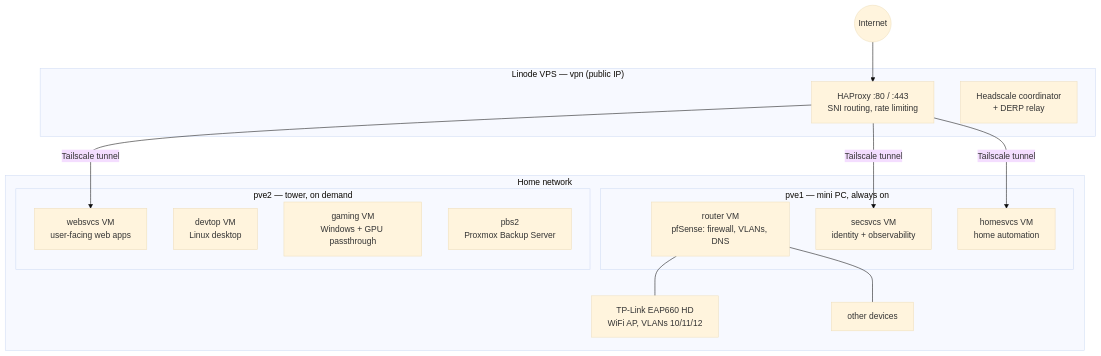
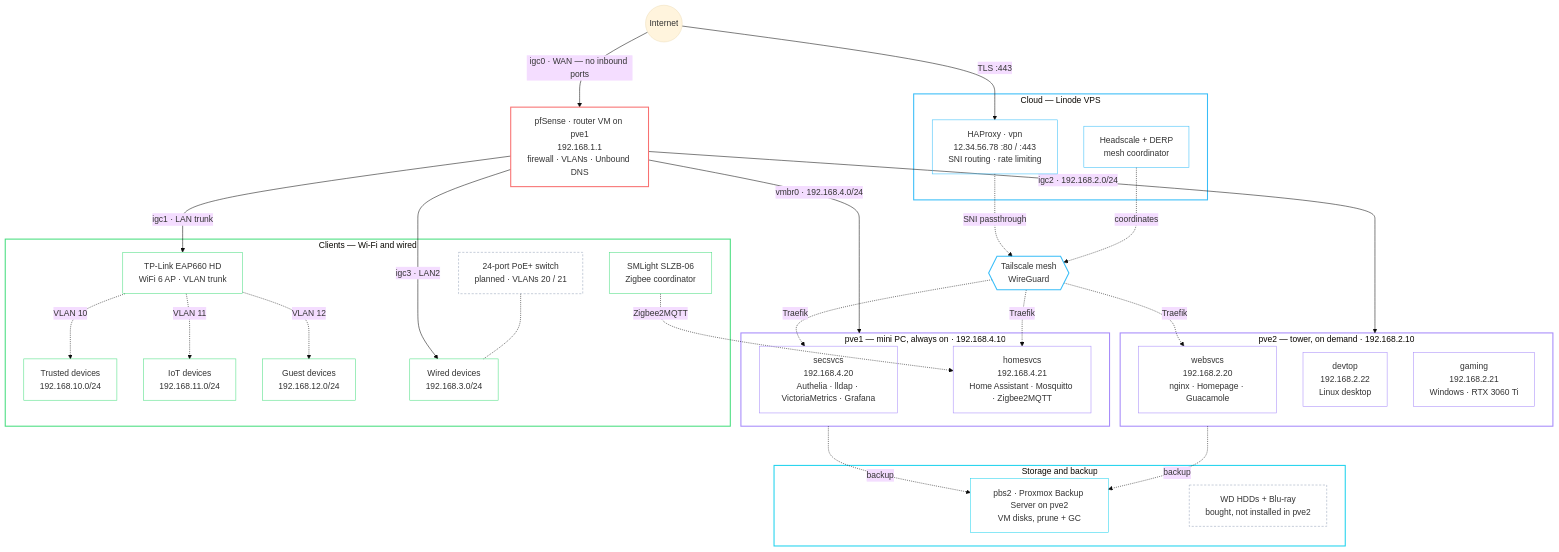
Before and after one commit to babraham123/homelab: the diagram in docs/architecture.md, drawn with Mermaid (base theme). The commit also changed other lines of this file and 4 other files, not shown here.

Commit message:
improve diagrams in docs/

````diff
--- a/docs/architecture.md
+++ b/docs/architecture.md
@@ -20,29 +20,75 @@
 ```mermaid
 flowchart TB
     inet(("Internet"))
-    subgraph vps["Linode VPS — vpn (public IP)"]
-        haproxy["HAProxy :80 / :443<br/>SNI routing, rate limiting"]
-        headscale["Headscale coordinator<br/>+ DERP relay"]
+
+    subgraph cloud["Cloud — Linode VPS"]
+        haproxy["HAProxy · vpn<br/>12.34.56.78 :80 / :443<br/>SNI routing · rate limiting"]
+        headscale["Headscale + DERP<br/>mesh coordinator"]
     end
-    subgraph home["Home network"]
-        subgraph pve1["pve1 — mini PC, always on"]
-            router["router VM<br/>pfSense: firewall, VLANs, DNS"]
-            secsvcs["secsvcs VM<br/>identity + observability"]
-            homesvcs["homesvcs VM<br/>home automation"]
-        end
-        subgraph pve2["pve2 — tower, on demand"]
-            websvcs["websvcs VM<br/>user-facing web apps"]
-            devtop["devtop VM<br/>Linux desktop"]
-            gaming["gaming VM<br/>Windows + GPU passthrough"]
-            pbs2["pbs2<br/>Proxmox Backup Server"]
-        end
-        ap["TP-Link EAP660 HD<br/>WiFi AP, VLANs 10/11/12"]
-        other["other devices"]
+
+    fw["pfSense · router VM on pve1<br/>192.168.1.1<br/>firewall · VLANs · Unbound DNS"]
+    mesh{{"Tailscale mesh<br/>WireGuard"}}
+
+    subgraph pve1["pve1 — mini PC, always on · 192.168.4.10"]
+        secsvcs["secsvcs<br/>192.168.4.20<br/>Authelia · lldap · VictoriaMetrics · Grafana"]
+        homesvcs["homesvcs<br/>192.168.4.21<br/>Home Assistant · Mosquitto · Zigbee2MQTT"]
     end
-    inet --> haproxy
-    haproxy -- "Tailscale tunnel" --> secsvcs
-    haproxy -- "Tailscale tunnel" --> homesvcs
-    haproxy -- "Tailscale tunnel" --> websvcs
-    router --- ap
-    router --- other
+
+    subgraph pve2["pve2 — tower, on demand · 192.168.2.10"]
+        websvcs["websvcs<br/>192.168.2.20<br/>nginx · Homepage · Guacamole"]
+        devtop["devtop<br/>192.168.2.22<br/>Linux desktop"]
+        gaming["gaming<br/>192.168.2.21<br/>Windows · RTX 3060 Ti"]
+    end
+
+    subgraph clients["Clients — Wi-Fi and wired"]
+        ap["TP-Link EAP660 HD<br/>WiFi 6 AP · VLAN trunk"]
+        trusted["Trusted devices<br/>192.168.10.0/24"]
+        iot["IoT devices<br/>192.168.11.0/24"]
+        guest["Guest devices<br/>192.168.12.0/24"]
+        zigbee["SMLight SLZB-06<br/>Zigbee coordinator"]
+        wdev["Wired devices<br/>192.168.3.0/24"]
+        sw["24-port PoE+ switch<br/>planned · VLANs 20 / 21"]
+    end
+
+    subgraph store["Storage and backup"]
+        pbs2["pbs2 · Proxmox Backup Server on pve2<br/>VM disks, prune + GC"]
+        hdds["WD HDDs + Blu-ray<br/>bought, not installed in pve2"]
+    end
+
+    inet -- "TLS :443" --> haproxy
+    inet -- "igc0 · WAN — no inbound ports" --> fw
+    haproxy -. "SNI passthrough" .-> mesh
+    headscale -. "coordinates" .-> mesh
+    mesh -. "Traefik" .-> secsvcs
+    mesh -. "Traefik" .-> homesvcs
+    mesh -. "Traefik" .-> websvcs
+    fw -- "vmbr0 · 192.168.4.0/24" --> pve1
+    fw -- "igc2 · 192.168.2.0/24" --> pve2
+    fw -- "igc1 · LAN trunk" --> ap
+    fw -- "igc3 · LAN2" --> wdev
+    ap -. "VLAN 10" .-> trusted
+    ap -. "VLAN 11" .-> iot
+    ap -. "VLAN 12" .-> guest
+    zigbee -. "Zigbee2MQTT" .-> homesvcs
+    sw -.- wdev
+    pve1 -. "backup" .-> pbs2
+    pve2 -. "backup" .-> pbs2
+
+    style cloud stroke:#38bdf8,stroke-width:2px,fill:transparent
+    style pve1 stroke:#a78bfa,stroke-width:2px,fill:transparent
+    style pve2 stroke:#a78bfa,stroke-width:2px,fill:transparent
+    style clients stroke:#4ade80,stroke-width:2px,fill:transparent
+    style store stroke:#22d3ee,stroke-width:2px,fill:transparent
+    style fw stroke:#f87171,stroke-width:2px,fill:transparent
+    style mesh stroke:#38bdf8,stroke-width:2px,fill:transparent
+    classDef ext stroke:#38bdf8,fill:transparent
+    classDef host stroke:#a78bfa,fill:transparent
+    classDef data stroke:#22d3ee,fill:transparent
+    classDef dev stroke:#4ade80,fill:transparent
+    classDef planned stroke:#94a3b8,stroke-dasharray:4 3,fill:transparent
+    class haproxy,headscale ext
+    class secsvcs,homesvcs,websvcs,devtop,gaming host
+    class pbs2 data
+    class ap,trusted,iot,guest,zigbee,wdev dev
+    class hdds,sw planned
 ```
````
